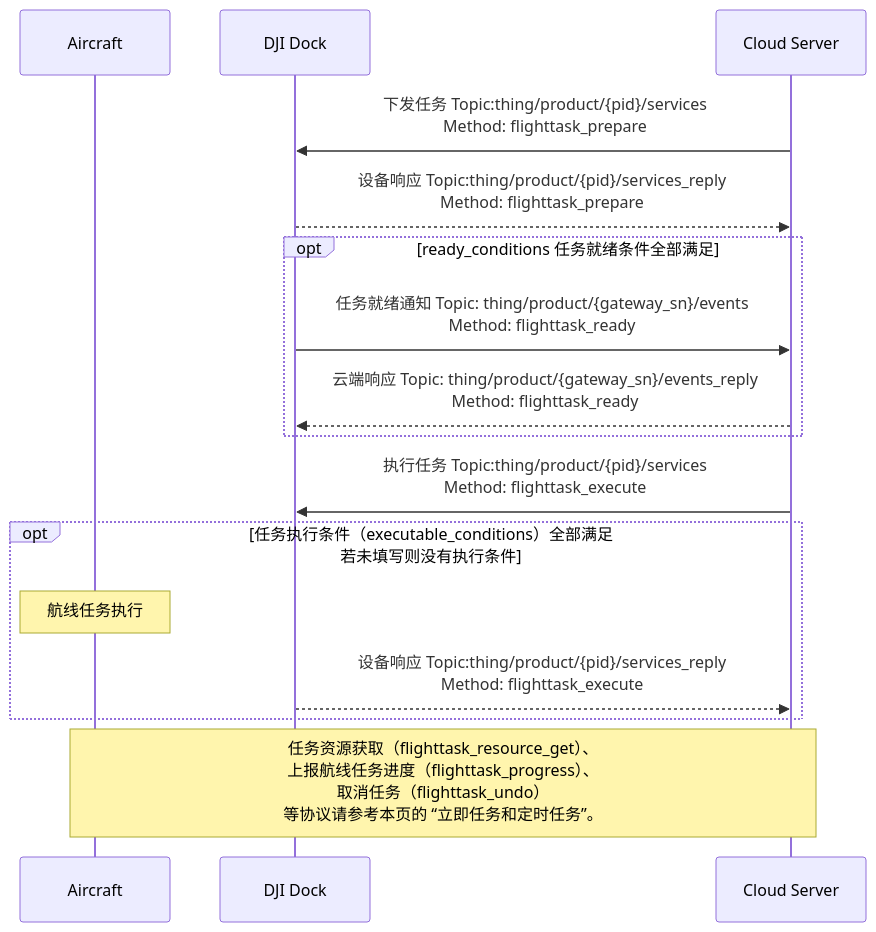
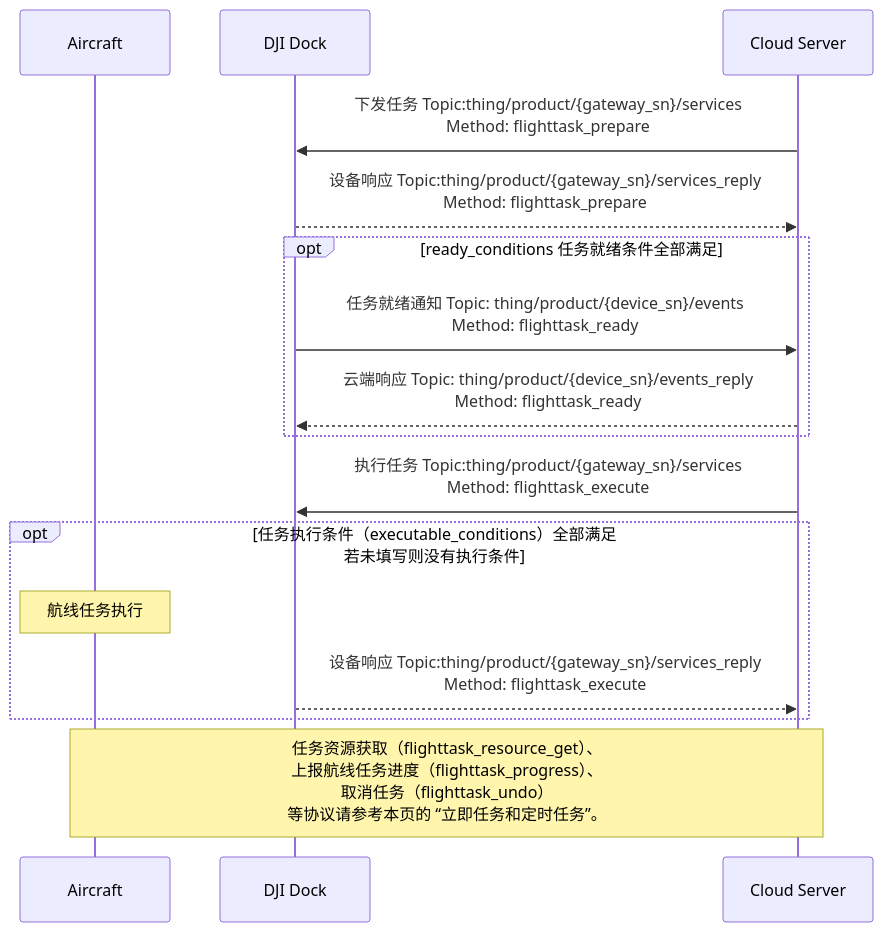
Before and after one commit to dji-sdk/Cloud-API-Doc: the second of 2 diagrams in docs/cn/30.feature-set/20.dock-feature-set/50.dock-wayline-management.md, drawn with Mermaid. The commit also changed other lines of this file and 41 other files, not shown here.

````diff
--- a/docs/cn/30.feature-set/20.dock-feature-set/50.dock-wayline-management.md
+++ b/docs/cn/30.feature-set/20.dock-feature-set/50.dock-wayline-management.md
@@ -66,24 +66,24 @@
 ```mermaid
 sequenceDiagram
 
 participant object as Aircraft
 participant client as DJI Dock
 participant server as Cloud Server
 
-server ->> client: 下发任务 Topic:thing/product/{pid}/services<br/>Method: flighttask_prepare
-client -->> server: 设备响应 Topic:thing/product/{pid}/services_reply<br/>Method: flighttask_prepare
+server ->> client: 下发任务 Topic:thing/product/{gateway_sn}/services<br/>Method: flighttask_prepare
+client -->> server: 设备响应 Topic:thing/product/{gateway_sn}/services_reply<br/>Method: flighttask_prepare
 
 opt ready_conditions 任务就绪条件全部满足
-client ->> server: 任务就绪通知 Topic: thing/product/{gateway_sn}/events<br/>Method: flighttask_ready
-server -->> client: 云端响应 Topic: thing/product/{gateway_sn}/events_reply<br/>Method: flighttask_ready
+client ->> server: 任务就绪通知 Topic: thing/product/{device_sn}/events<br/>Method: flighttask_ready
+server -->> client: 云端响应 Topic: thing/product/{device_sn}/events_reply<br/>Method: flighttask_ready
 end
 
-server ->> client: 执行任务 Topic:thing/product/{pid}/services<br/>Method: flighttask_execute
+server ->> client: 执行任务 Topic:thing/product/{gateway_sn}/services<br/>Method: flighttask_execute
 opt 任务执行条件（executable_conditions）全部满足<br/>若未填写则没有执行条件
 note over object: 航线任务执行
-client -->> server: 设备响应 Topic:thing/product/{pid}/services_reply<br/>Method: flighttask_execute
+client -->> server: 设备响应 Topic:thing/product/{gateway_sn}/services_reply<br/>Method: flighttask_execute
 end
 
 note over object, server: 任务资源获取（flighttask_resource_get）、<br/>上报航线任务进度（flighttask_progress）、<br/>取消任务（flighttask_undo）<br/>等协议请参考本页的 “立即任务和定时任务”。
 
 ```
````
